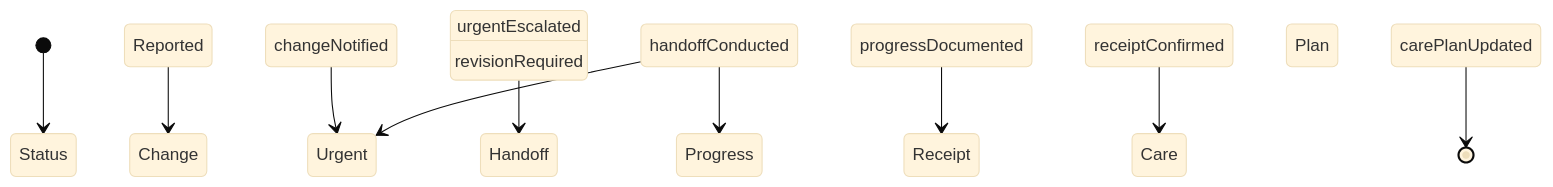
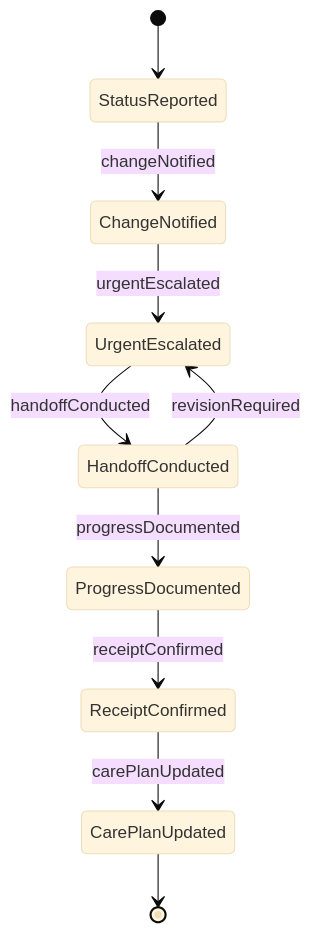
Before and after one commit to dot-org-ai/tasks.org.ai: the second of 4 diagrams in CommunicatingWithSupervisorsPeersOrSubordinates/ConferWithHealthcareOrOtherProfessionalsAboutPatientCare/InformMedicalProfessionalsRegardingPatient.mdx, drawn with Mermaid (base theme). The commit also changed other lines of this file and 515 other files, not shown here.

````diff
--- a/CommunicatingWithSupervisorsPeersOrSubordinates/ConferWithHealthcareOrOtherProfessionalsAboutPatientCare/InformMedicalProfessionalsRegardingPatient.mdx
+++ b/CommunicatingWithSupervisorsPeersOrSubordinates/ConferWithHealthcareOrOtherProfessionalsAboutPatientCare/InformMedicalProfessionalsRegardingPatient.mdx
@@ -99,12 +99,12 @@
 ```mermaid
 stateDiagram-v2
-    [*] --> Status Reported
-    Status Reported --> Change Notified : changeNotified
-    Change Notified --> Urgent Escalated : urgentEscalated
-    Urgent Escalated --> Handoff Conducted : handoffConducted
-    Handoff Conducted --> Progress Documented : progressDocumented
-    Progress Documented --> Receipt Confirmed : receiptConfirmed
-    Receipt Confirmed --> Care Plan Updated : carePlanUpdated
-    Handoff Conducted --> Urgent Escalated : revisionRequired
-    Care Plan Updated --> [*]
+    [*] --> StatusReported
+    StatusReported --> ChangeNotified : changeNotified
+    ChangeNotified --> UrgentEscalated : urgentEscalated
+    UrgentEscalated --> HandoffConducted : handoffConducted
+    HandoffConducted --> ProgressDocumented : progressDocumented
+    ProgressDocumented --> ReceiptConfirmed : receiptConfirmed
+    ReceiptConfirmed --> CarePlanUpdated : carePlanUpdated
+    HandoffConducted --> UrgentEscalated : revisionRequired
+    CarePlanUpdated --> [*]
 ```
````
